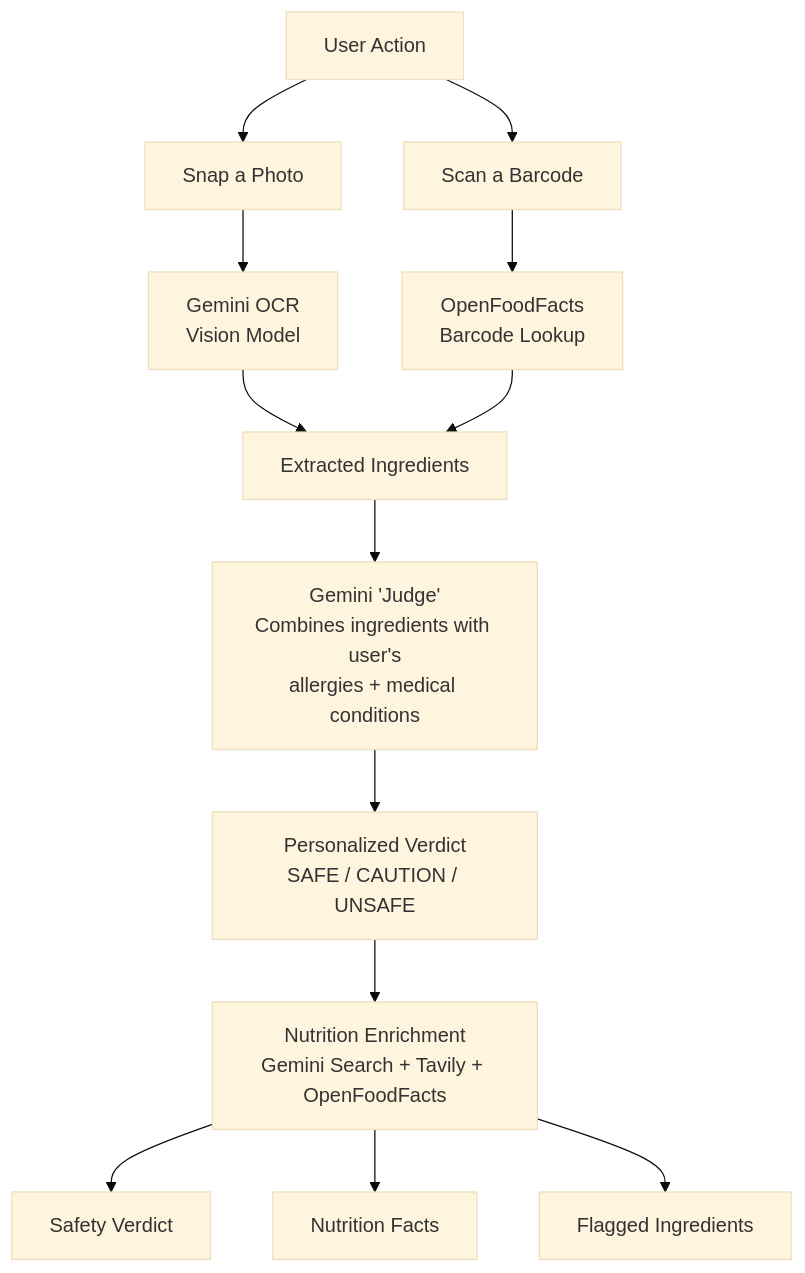
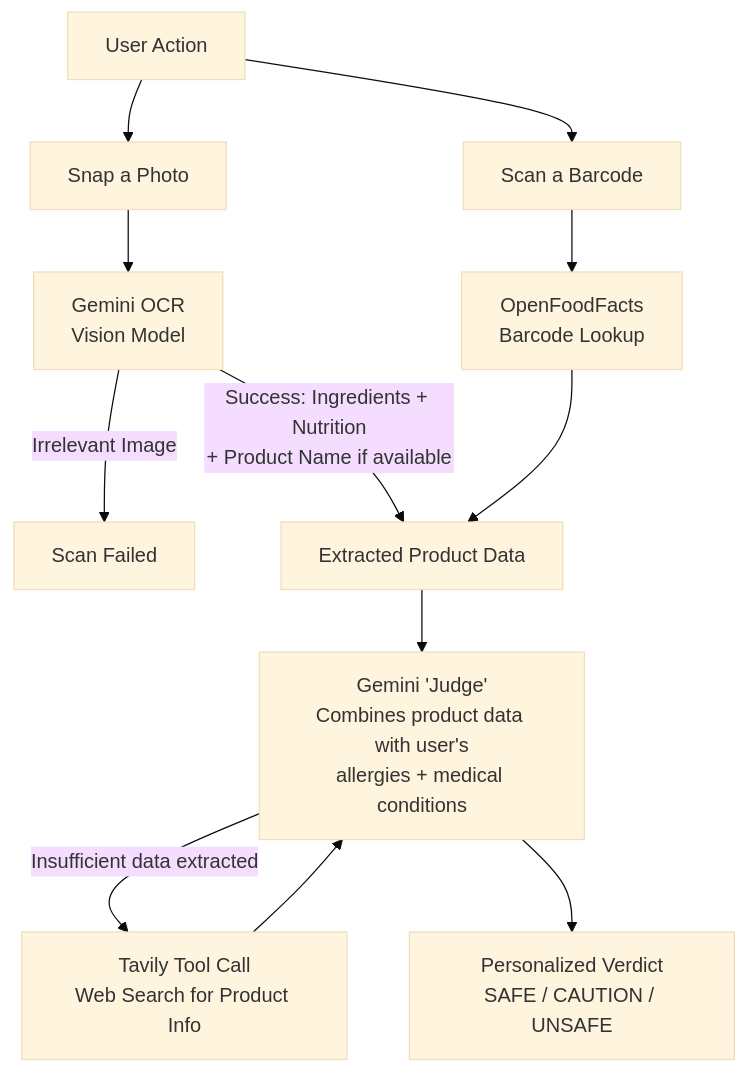
The first of 4 diagrams in README.md (ReemMohy259/NutriScan-AI), drawn with Mermaid (base theme) before and after one commit. The commit also changed other lines of this file and 1 other file, not shown here.

````diff
--- a/README.md
+++ b/README.md
@@ -80,20 +82,19 @@
 ```mermaid
 flowchart TD
     A[User Action] --> B[Snap a Photo]
     A --> C[Scan a Barcode]
 
     B --> D[Gemini OCR<br/>Vision Model]
     C --> E[OpenFoodFacts<br/>Barcode Lookup]
 
-    D --> F[Extracted Ingredients]
+    D -->|Irrelevant Image| DF[Scan Failed]
+    D -->|Success: Ingredients + Nutrition<br/>+ Product Name if available| F[Extracted Product Data]
     E --> F
 
-    F --> G["Gemini 'Judge'<br/>Combines ingredients with user's<br/>allergies + medical conditions"]
+    F --> G["Gemini 'Judge'<br/>Combines product data with user's<br/>allergies + medical conditions"]
+
+    G -->|Insufficient data extracted| S[Tavily Tool Call<br/>Web Search for Product Info]
+    S --> G
+
     G --> H[Personalized Verdict<br/>SAFE / CAUTION / UNSAFE]
-
-    H --> I[Nutrition Enrichment<br/>Gemini Search + Tavily + OpenFoodFacts]
-
-    I --> J[Safety Verdict]
-    I --> K[Nutrition Facts]
-    I --> L[Flagged Ingredients]
 ```
````
